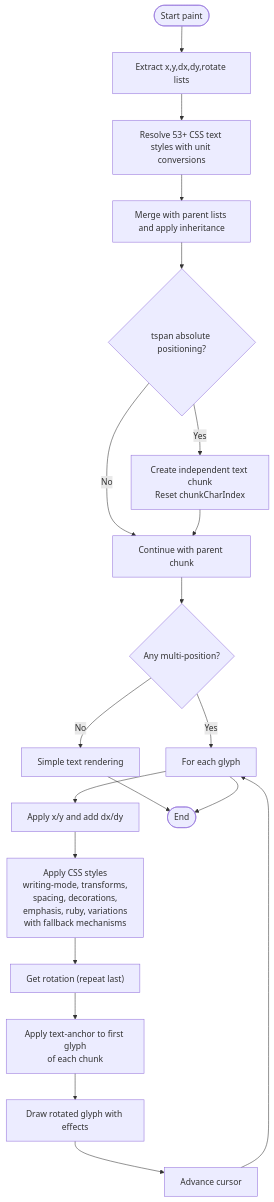
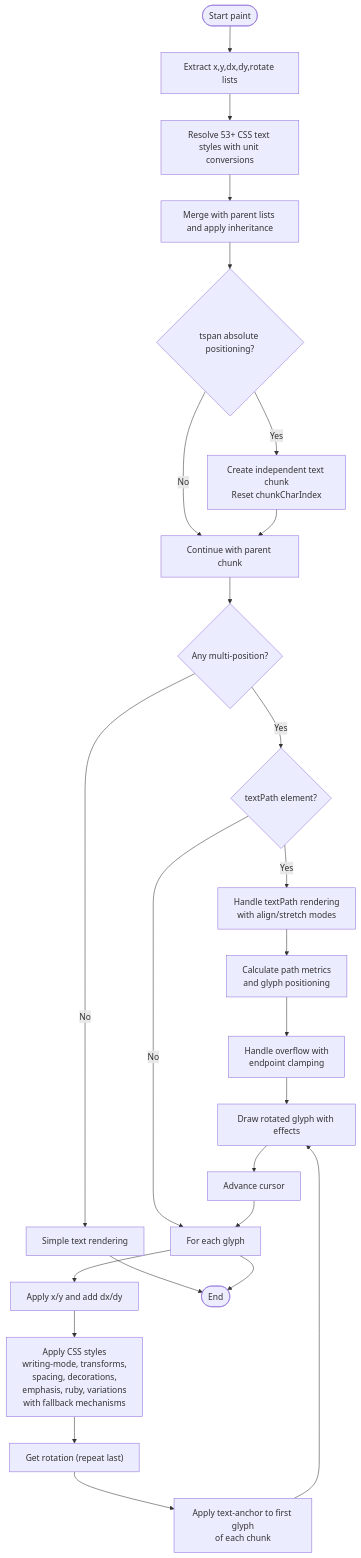
One commit to denisnadey/flutter_full_svg_support changed the fourth of 6 diagrams in .qoder/repowiki/en/content/Animated SVG Support/Text Positioning Attributes.md. Above: the diagram before and after it, drawn with Mermaid. The commit also changed other lines of this file and 31 other files, not shown here.

````diff
--- a/.qoder/repowiki/en/content/Animated SVG Support/Text Positioning Attributes.md
+++ b/.qoder/repowiki/en/content/Animated SVG Support/Text Positioning Attributes.md
@@ -327,22 +386,27 @@
 ```mermaid
 flowchart TD
 Start(["Start paint"]) --> Extract["Extract x,y,dx,dy,rotate lists"]
 Extract --> CSS["Resolve 53+ CSS text styles with unit conversions"]
 CSS --> Merge["Merge with parent lists and apply inheritance"]
 Merge --> ChunkCheck{"tspan absolute positioning?"}
 ChunkCheck --> |Yes| NewChunk["Create independent text chunk<br/>Reset chunkCharIndex"]
 ChunkCheck --> |No| Continue["Continue with parent chunk"]
 NewChunk --> Continue
 Continue --> HasMulti{"Any multi-position?"}
 HasMulti --> |No| Simple["Simple text rendering"]
-HasMulti --> |Yes| Loop["For each glyph"]
+HasMulti --> |Yes| PathCheck{"textPath element?"}
+PathCheck --> |Yes| TextPath["Handle textPath rendering<br/>with align/stretch modes"]
+PathCheck --> |No| Loop["For each glyph"]
 Loop --> ApplyPos["Apply x/y and add dx/dy"]
 ApplyPos --> CSSApply["Apply CSS styles<br/>writing-mode, transforms,<br/>spacing, decorations,<br/>emphasis, ruby, variations<br/>with fallback mechanisms"]
 CSSApply --> Rotate["Get rotation (repeat last)"]
 Rotate --> Anchor["Apply text-anchor to first glyph<br/>of each chunk"]
 Anchor --> Draw["Draw rotated glyph with effects"]
 Draw --> Next["Advance cursor"]
 Next --> Loop
+TextPath --> PathCalc["Calculate path metrics<br/>and glyph positioning"]
+PathCalc --> Overflow["Handle overflow with<br/>endpoint clamping"]
+Overflow --> Draw
 Simple --> End(["End"])
 Loop --> End
 ```
````
